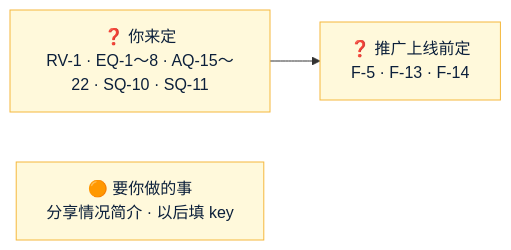
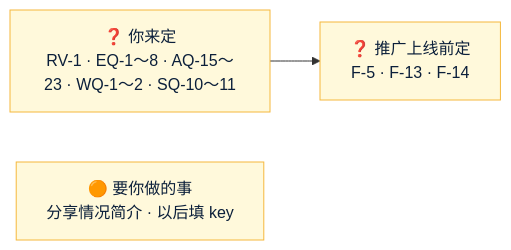
One commit to dollar3651314/forecast changed the diagram in Amos待办.md. Above: the diagram before and after it, drawn with Mermaid. The commit also changed other lines of this file, not shown here.

````diff
--- a/Amos待办.md
+++ b/Amos待办.md
@@ -10,7 +10,7 @@
 ```mermaid
 flowchart LR
-    A["❓ 你来定<br/>RV-1 · EQ-1～8 · AQ-15～22 · SQ-10 · SQ-11"] --> B["❓ 推广上线前定<br/>F-5 · F-13 · F-14"]
+    A["❓ 你来定<br/>RV-1 · EQ-1～8 · AQ-15～23 · WQ-1～2 · SQ-10～11"] --> B["❓ 推广上线前定<br/>F-5 · F-13 · F-14"]
     T["🟠 要你做的事<br/>分享情况简介 · 以后填 key"]
     classDef amos fill:#FFF9DB,stroke:#F5B83D,color:#0B1F3A
     class A,B,T amos
 ```
````
